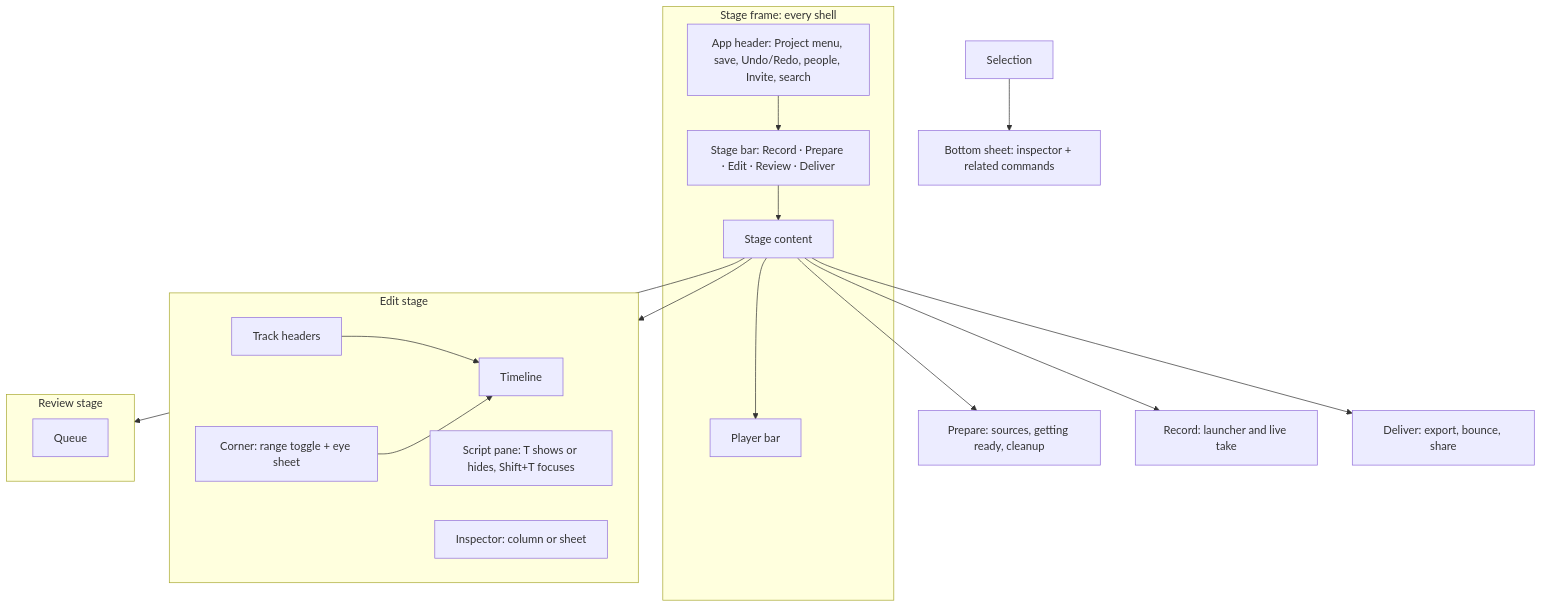
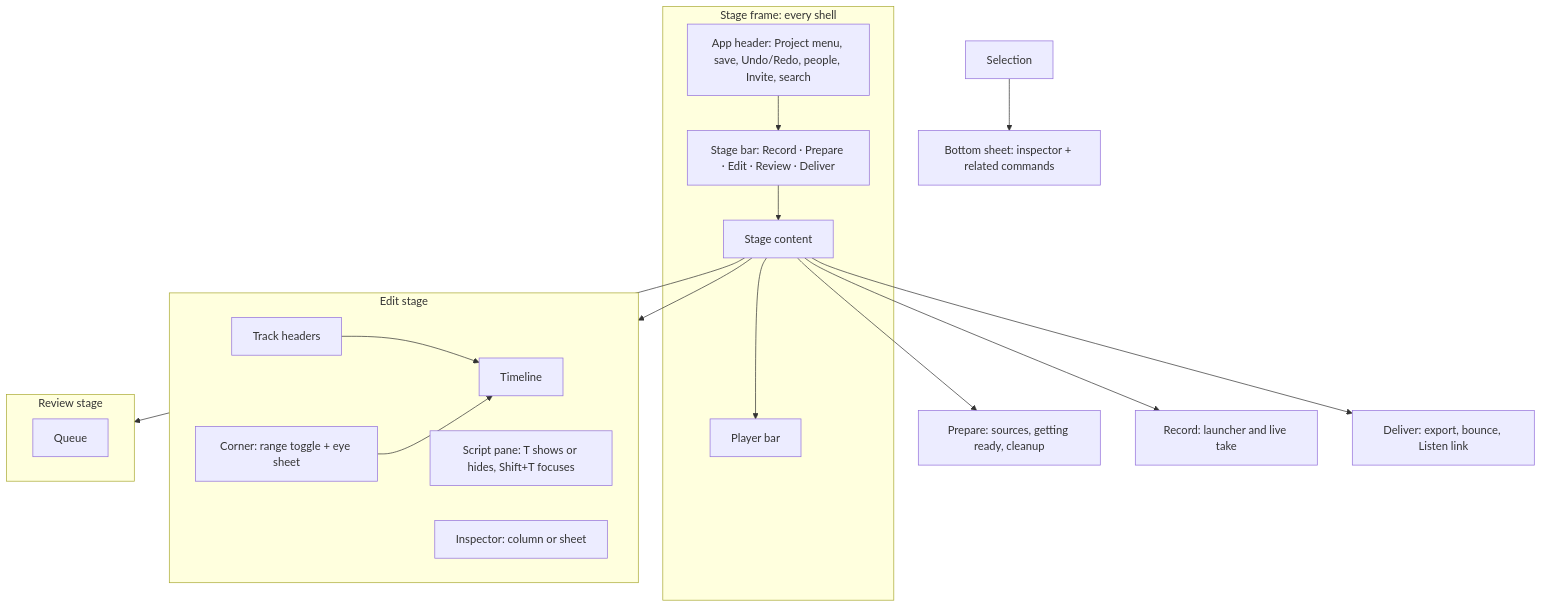
The first of 3 diagrams in ux/pages/screen-inventory.md (calebn/sharecut-studio), drawn with Mermaid before and after one commit. The commit also changed other lines of this file and 12 other files, not shown here.

First line of the commit message:
fixup: address post-rebase architect findings (stale Share wording, dead story link, docs)

````diff
--- a/ux/pages/screen-inventory.md
+++ b/ux/pages/screen-inventory.md
@@ -40,28 +40,28 @@
 ```mermaid
 flowchart TB
   subgraph frame [Stage frame: every shell]
     HD[App header: Project menu, save, Undo/Redo, people, Invite, search]
     SB[Stage bar: Record · Prepare · Edit · Review · Deliver]
     ST[Stage content]
     PL[Player bar]
     HD --> SB --> ST --> PL
   end
 
   subgraph edit [Edit stage]
     TH[Track headers] --> TIM[Timeline]
     CORNER[Corner: range toggle + eye sheet] --> TIM
     SC[Script pane: T shows or hides, Shift+T focuses]
     INS[Inspector: column or sheet]
   end
 
   subgraph review [Review stage]
     RV[Queue]
   end
 
   ST --> edit
   ST --> review
   ST --> PREP[Prepare: sources, getting ready, cleanup]
   ST --> REC[Record: launcher and live take]
-  ST --> DEL[Deliver: export, bounce, share]
+  ST --> DEL[Deliver: export, bounce, Listen link]
   SEL[Selection] --> BS[Bottom sheet: inspector + related commands]
 ```
````
